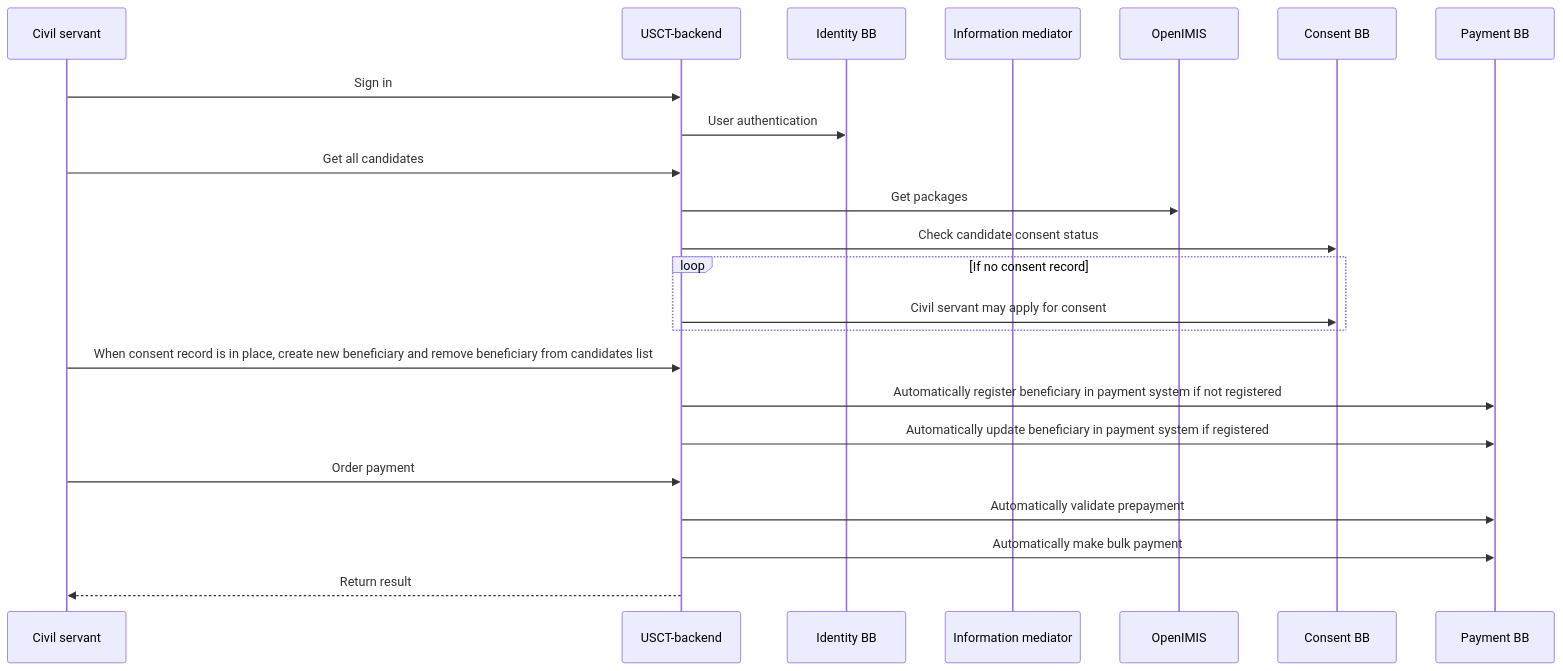
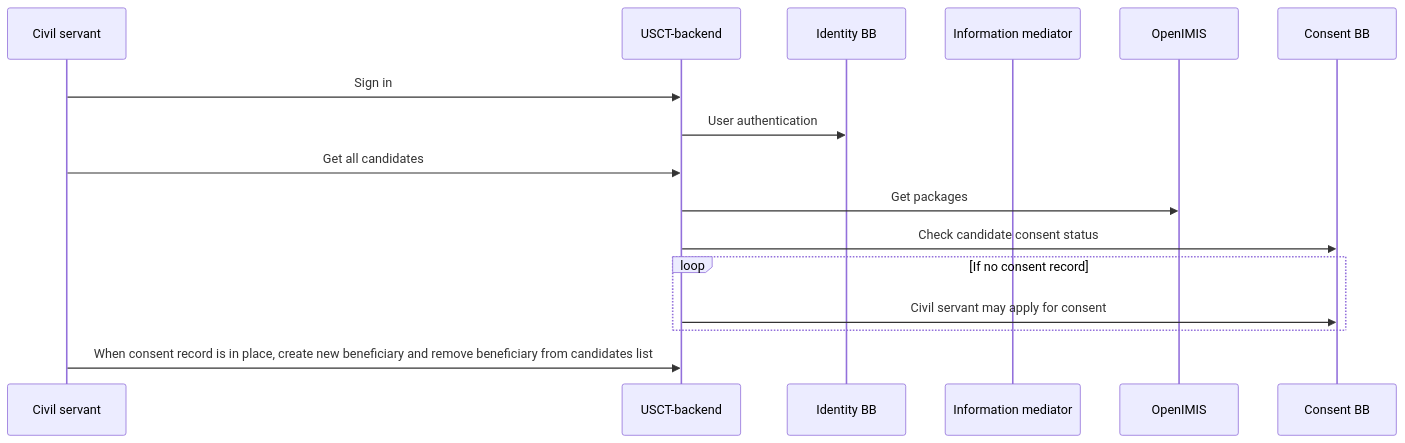
One commit to GovStackWorkingGroup/sandbox-usecase-usct-backend changed the first of 2 diagrams in docs/main.md. Above: the diagram before and after it, drawn with Mermaid. The commit also changed other lines of this file and 1 other file, not shown here.

Commit message:
Update documentation. No beneficiary register step

````diff
--- a/docs/main.md
+++ b/docs/main.md
@@ -13,20 +15,15 @@
 ```mermaid
 sequenceDiagram
     Civil servant ->> USCT-backend: Sign in
     USCT-backend ->> Identity BB: User authentication
     participant im as Information mediator
 
     Civil servant ->> USCT-backend: Get all candidates
     USCT-backend ->> OpenIMIS: Get packages
     USCT-backend ->> Consent BB: Check candidate consent status
     loop If no consent record
       USCT-backend ->>Consent BB: Civil servant may apply for consent
     end
   Civil servant ->> USCT-backend: When consent record is in place, create new beneficiary and remove beneficiary from candidates list
-    USCT-backend ->> Payment BB: Automatically register beneficiary in payment system if not registered
-    USCT-backend ->> Payment BB: Automatically update beneficiary in payment system if registered
-    Civil servant ->> USCT-backend: Order payment
-    USCT-backend ->> Payment BB: Automatically validate prepayment
-    USCT-backend ->> Payment BB: Automatically make bulk payment
-    USCT-backend -->> Civil servant: Return result
+
 ```
````
